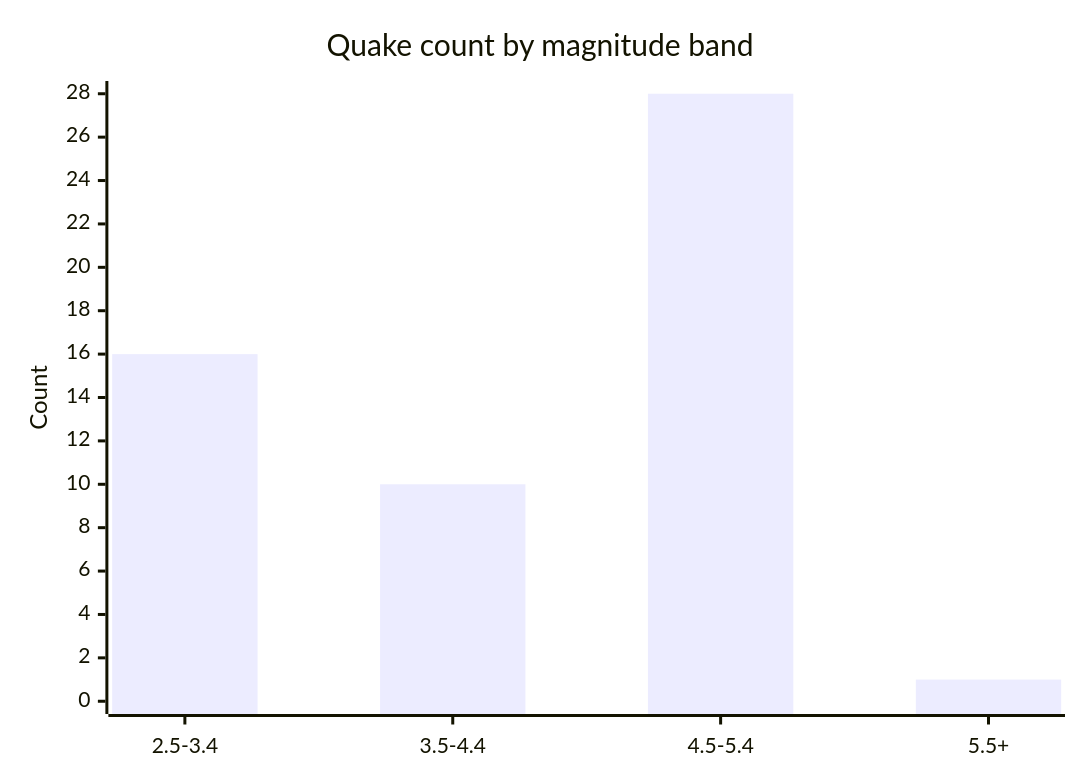
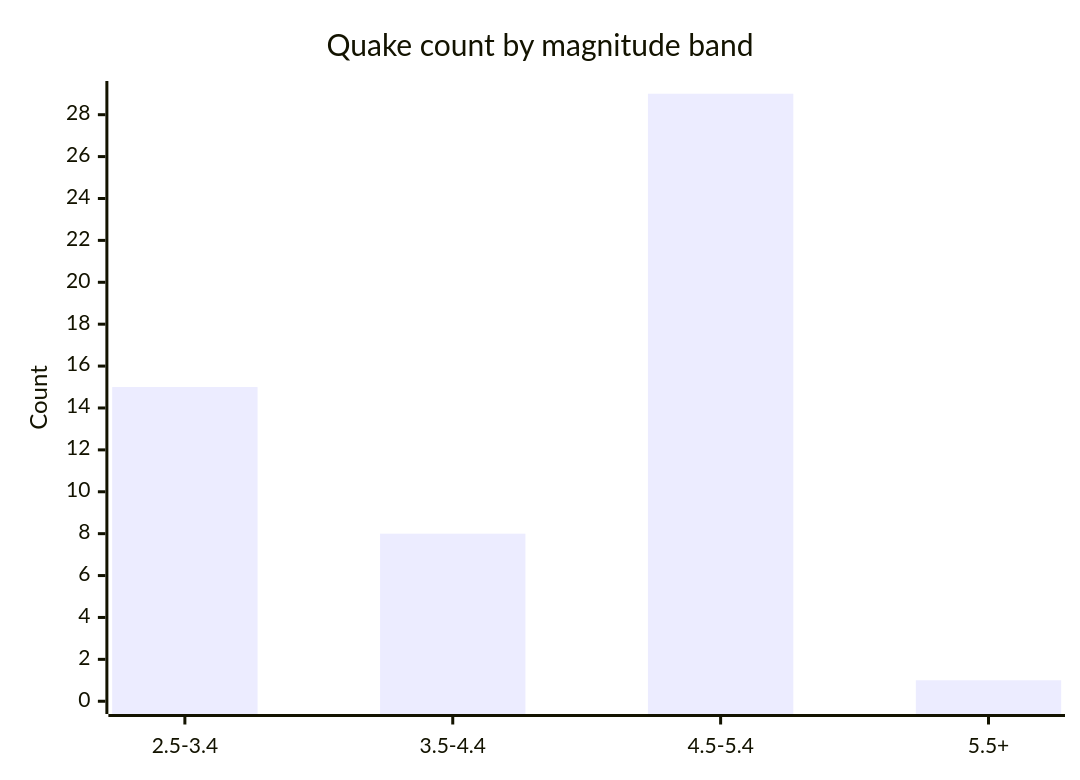
One commit to Midwest-Stratospheric/aerostratospheric-defense-gir changed the fifth of 6 diagrams in docs/GRAPHS.md. Above: the diagram before and after it, drawn with Mermaid. The commit also changed other lines of this file and 23 other files, not shown here.

````diff
--- a/docs/GRAPHS.md
+++ b/docs/GRAPHS.md
@@ -82,7 +82,7 @@
 ```mermaid
 xychart-beta
   title "Quake count by magnitude band"
   x-axis ["2.5-3.4", "3.5-4.4", "4.5-5.4", "5.5+"]
-  y-axis "Count" 0 --> 28
-  bar [16, 10, 28, 1]
+  y-axis "Count" 0 --> 29
+  bar [15, 8, 29, 1]
 ```
````
